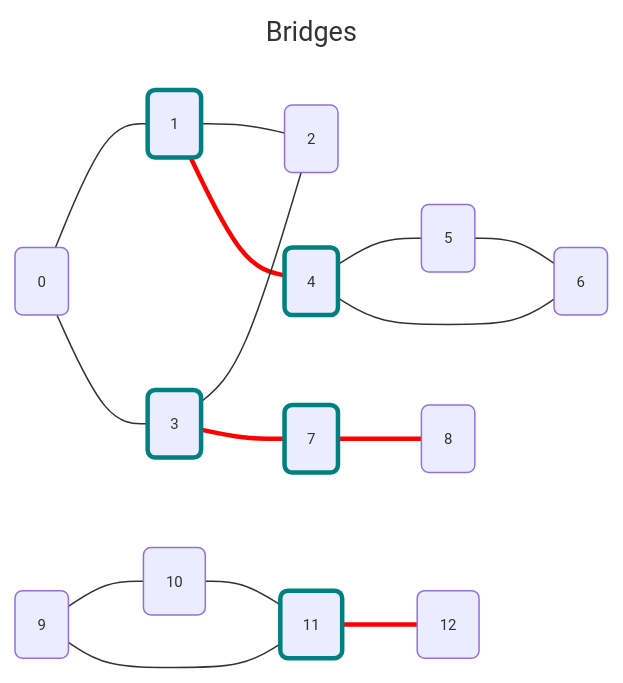
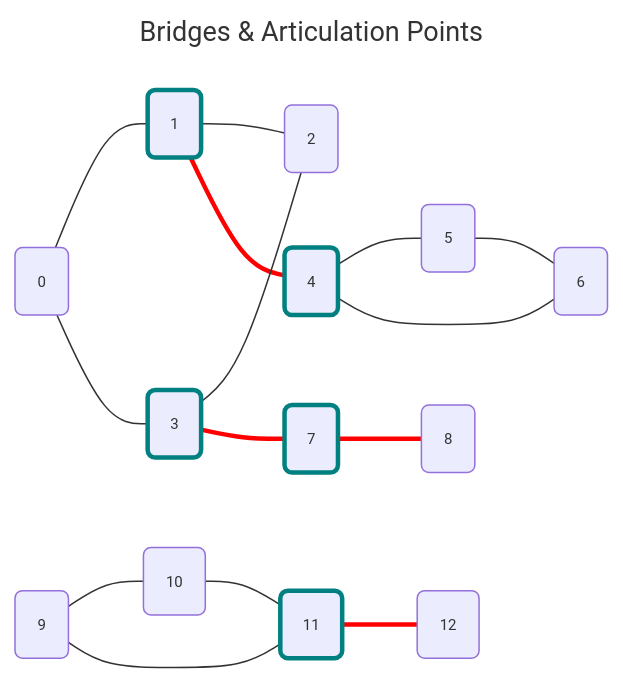
One commit to sweinst/Grafology changed the diagram in docs/algos/bridges_and_AP.md. Above: the diagram before and after it, drawn with Mermaid.

Commit message:
Changed diagram title

````diff
--- a/docs/algos/bridges_and_AP.md
+++ b/docs/algos/bridges_and_AP.md
@@ -19,43 +19,43 @@
 ```mermaid
 ---
-title: Bridges
+title: Bridges & Articulation Points
 config:
   themeVariables:
     fontSize: 10px
     sectionFontSize: 10px
     edgeLabelBackground: transparent
 ---
 graph LR;
     0(0)
     1(1):::AP
     2(2)
     3(3):::AP
     4(4):::AP
     5(5)
     6(6)
     7(7):::AP
     8(8)
     9(9)
     10(10)
     11(11):::AP
     12(12)
 
     0 --- 1
     0 --- 3
     1 --- 2
     1 --- 4
     3 --- 2
     3 --- 7
     4 --- 5
     5 --- 6
     6 --- 4
     7 --- 8
     9 --- 10
     10 --- 11
     11 --- 9
     11 --- 12
 
     classDef AP stroke:teal,stroke-width:3px
     linkStyle default font-size: 15px
     linkStyle 3,5,9,13 stroke-width:3px, stroke:red, fill: none
 ```
````
